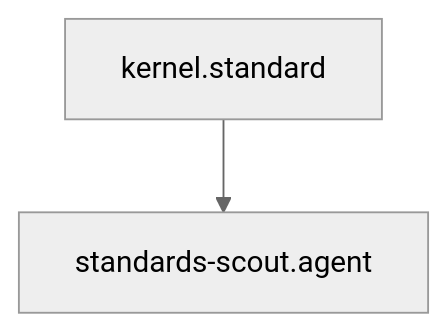
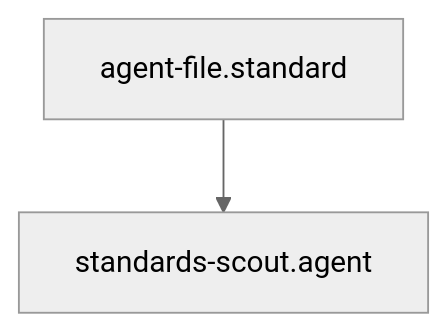
Before and after one commit to Gizmo4Life/ai-kernel: the diagram in agents/standards-scout.agent.md, drawn with Mermaid (neutral theme). The commit also changed other lines of this file and 89 other files, not shown here.

````diff
--- a/agents/standards-scout.agent.md
+++ b/agents/standards-scout.agent.md
@@ -24,4 +24,4 @@
 ```mermaid
 graph TD
-    kernel.standard --> standards-scout.agent
+    agent-file.standard --> standards-scout.agent
 ```
````
